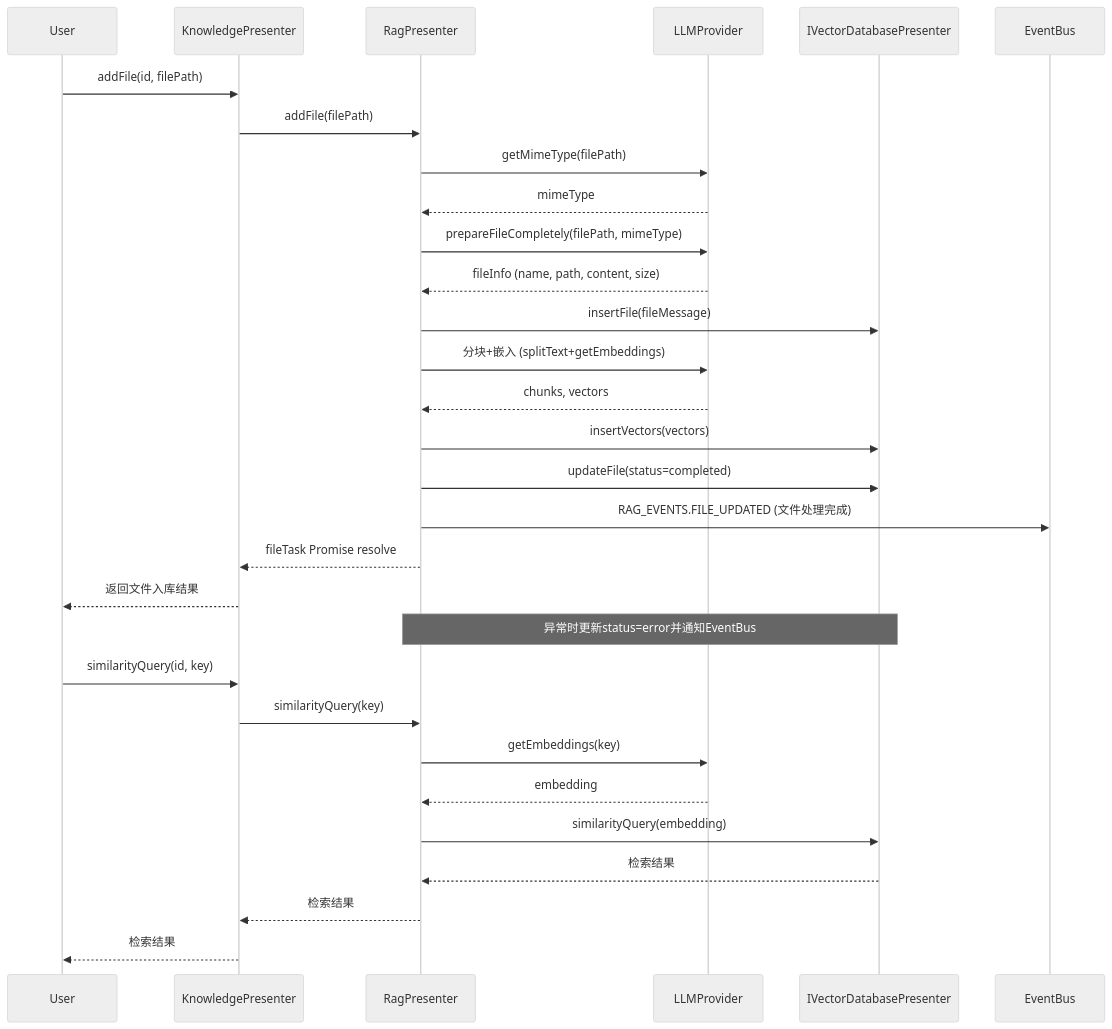
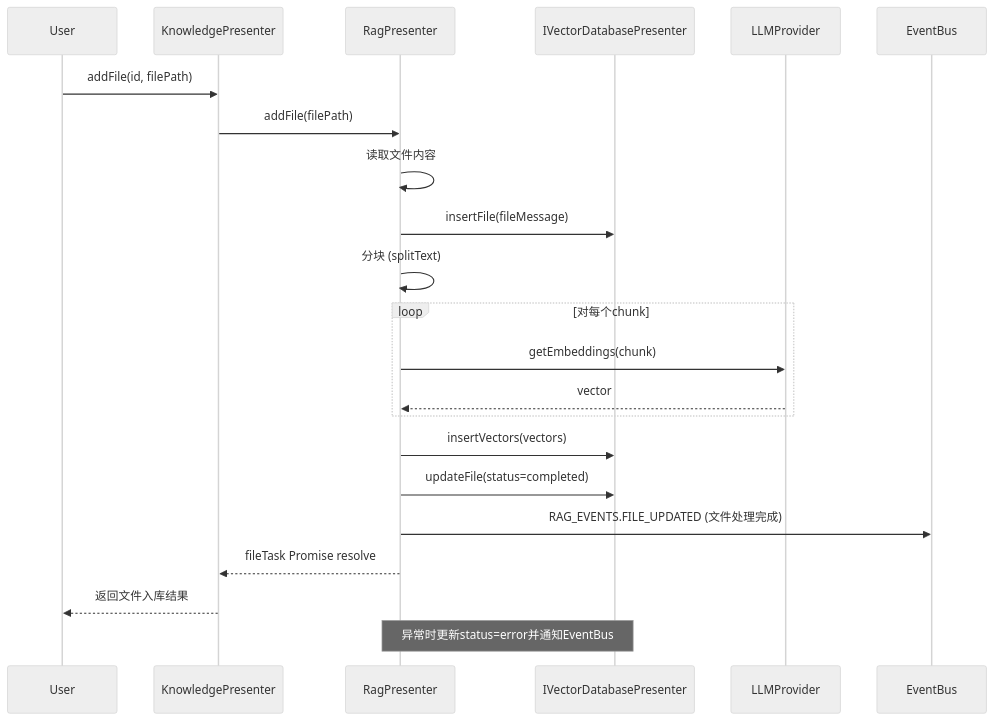
The first of 2 diagrams in docs/builtin-knowledge-design.md (wangle201210/deepchat), drawn with Mermaid (neutral theme) before and after one commit. The commit also changed other lines of this file, not shown here.

Commit message:
feat: update BuiltinKnowledge design document with refined file handling and retrieval processes

````diff
--- a/docs/builtin-knowledge-design.md
+++ b/docs/builtin-knowledge-design.md
@@ -58,36 +58,25 @@
 ```mermaid
 sequenceDiagram
     participant User
     participant KnowledgePresenter
     participant RagPresenter
+    participant IVectorDatabasePresenter
     participant LLMProvider
-    participant IVectorDatabasePresenter
     participant EventBus
 
-    %% 文件入库流程
     User->>KnowledgePresenter: addFile(id, filePath)
     KnowledgePresenter->>RagPresenter: addFile(filePath)
-    RagPresenter->>LLMProvider: getMimeType(filePath)
-    LLMProvider-->>RagPresenter: mimeType
-    RagPresenter->>LLMProvider: prepareFileCompletely(filePath, mimeType)
-    LLMProvider-->>RagPresenter: fileInfo (name, path, content, size)
+    RagPresenter->>RagPresenter: 读取文件内容
     RagPresenter->>IVectorDatabasePresenter: insertFile(fileMessage)
-    RagPresenter->>LLMProvider: 分块+嵌入 (splitText+getEmbeddings)
-    LLMProvider-->>RagPresenter: chunks, vectors
+    RagPresenter->>RagPresenter: 分块 (splitText)
+    loop 对每个chunk
+        RagPresenter->>LLMProvider: getEmbeddings(chunk)
+        LLMProvider-->>RagPresenter: vector
+    end
     RagPresenter->>IVectorDatabasePresenter: insertVectors(vectors)
     RagPresenter->>IVectorDatabasePresenter: updateFile(status=completed)
     RagPresenter->>EventBus: RAG_EVENTS.FILE_UPDATED (文件处理完成)
     RagPresenter-->>KnowledgePresenter: fileTask Promise resolve
     KnowledgePresenter-->>User: 返回文件入库结果
     Note over RagPresenter,IVectorDatabasePresenter: 异常时更新status=error并通知EventBus
-
-    %% 文件检索流程
-    User->>KnowledgePresenter: similarityQuery(id, key)
-    KnowledgePresenter->>RagPresenter: similarityQuery(key)
-    RagPresenter->>LLMProvider: getEmbeddings(key)
-    LLMProvider-->>RagPresenter: embedding
-    RagPresenter->>IVectorDatabasePresenter: similarityQuery(embedding)
-    IVectorDatabasePresenter-->>RagPresenter: 检索结果
-    RagPresenter-->>KnowledgePresenter: 检索结果
-    KnowledgePresenter-->>User: 检索结果
 ```
````
